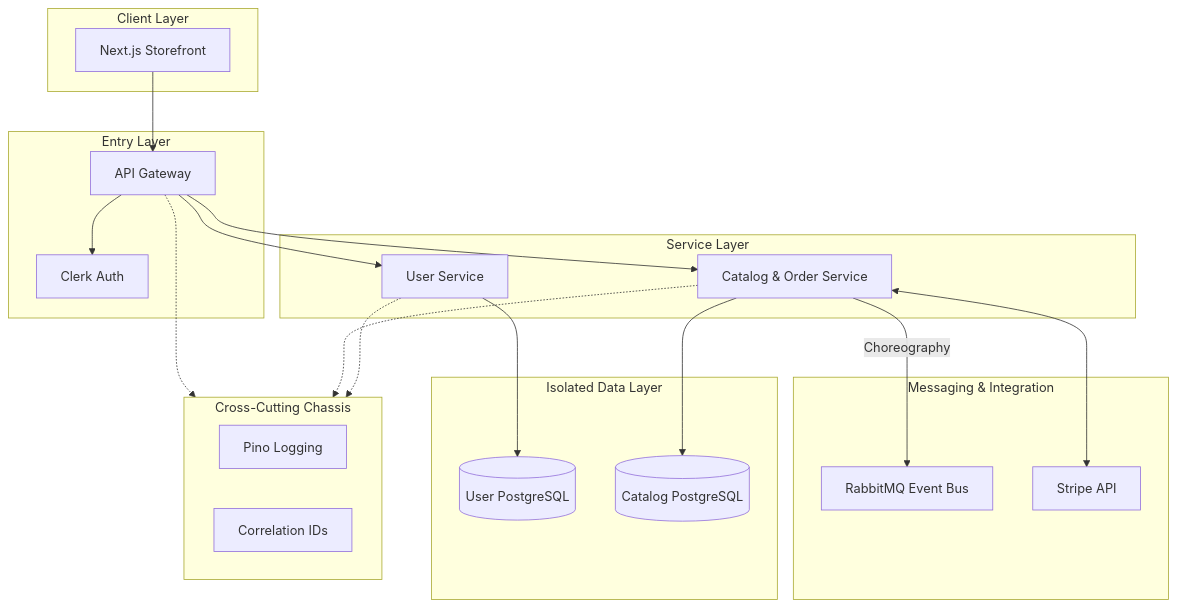
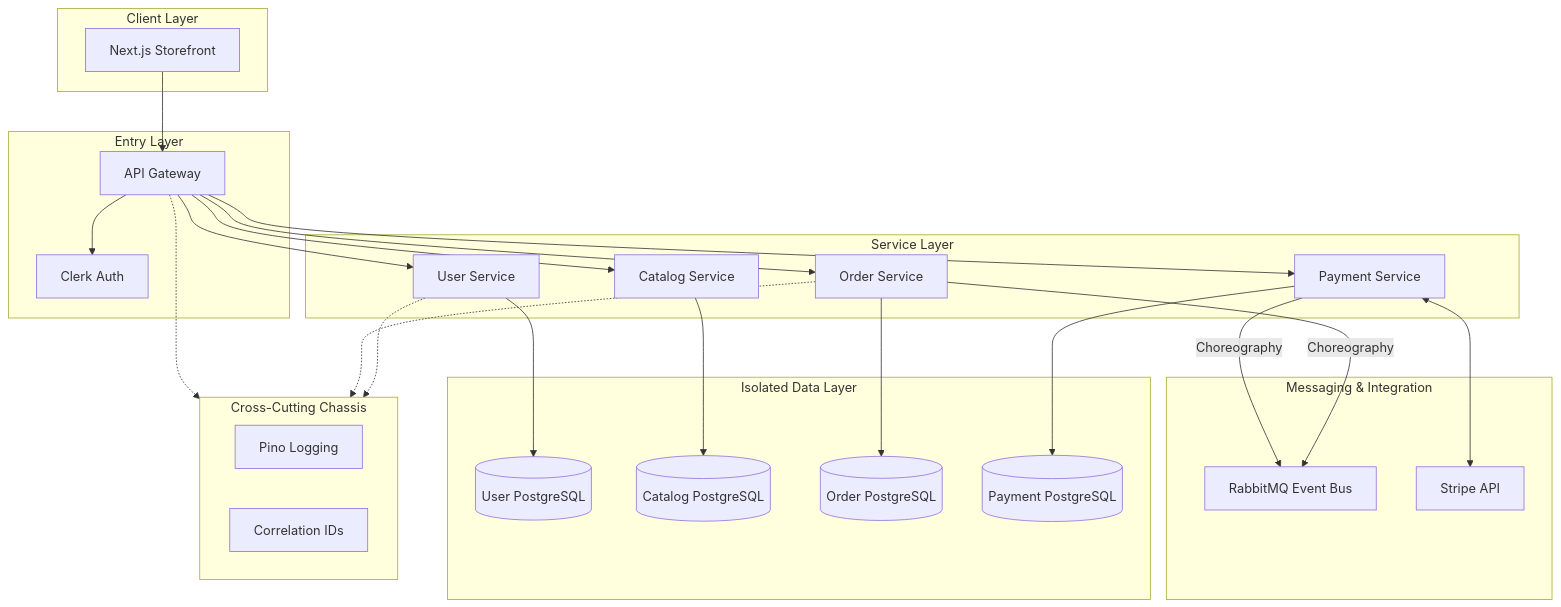
The first of 2 diagrams in README.md (AmitxParmar/modular-mart-microservices), drawn with Mermaid before and after one commit. The commit also changed other lines of this file and 47 other files, not shown here.

First line of the commit message:
refactor(order-service): rename catalog-order-service to order-service & implement idempotency

````diff
--- a/README.md
+++ b/README.md
@@ -17,46 +19,55 @@
 ```mermaid
 graph TB
     subgraph Client_Layer [Client Layer]
         Web[Next.js Storefront]
     end
 
     subgraph Entry_Layer [Entry Layer]
         Gateway[API Gateway]
         Auth[Clerk Auth]
     end
 
     subgraph Logic_Layer [Service Layer]
         UserSvc[User Service]
-        CatalogSvc[Catalog & Order Service]
+        CatalogSvc[Catalog Service]
+        OrderSvc[Order Service]
+        PaymentSvc[Payment Service]
     end
 
     subgraph Data_Layer [Isolated Data Layer]
         UserDB[(User PostgreSQL)]
         CatalogDB[(Catalog PostgreSQL)]
+        OrderDB[(Order PostgreSQL)]
+        PaymentDB[(Payment PostgreSQL)]
     end
 
     subgraph Event_Layer [Messaging & Integration]
         RMQ[RabbitMQ Event Bus]
         Stripe[Stripe API]
     end
 
     subgraph Observability [Cross-Cutting Chassis]
         Pino[Pino Logging]
         Tracing[Correlation IDs]
     end
 
     Web --> Gateway
     Gateway --> Auth
     Gateway --> UserSvc
     Gateway --> CatalogSvc
+    Gateway --> OrderSvc
+    Gateway --> PaymentSvc
 
     UserSvc --> UserDB
     CatalogSvc --> CatalogDB
+    OrderSvc --> OrderDB
+    PaymentSvc --> PaymentDB
 
-    CatalogSvc -- Choreography --> RMQ
-    CatalogSvc <--> Stripe
+    OrderSvc -- Choreography --> RMQ
+    PaymentSvc -- Choreography --> RMQ
+    PaymentSvc <--> Stripe
 
     UserSvc -.-> Observability
-    CatalogSvc -.-> Observability
+    OrderSvc -.-> Observability
     Gateway -.-> Observability
 ```
````
